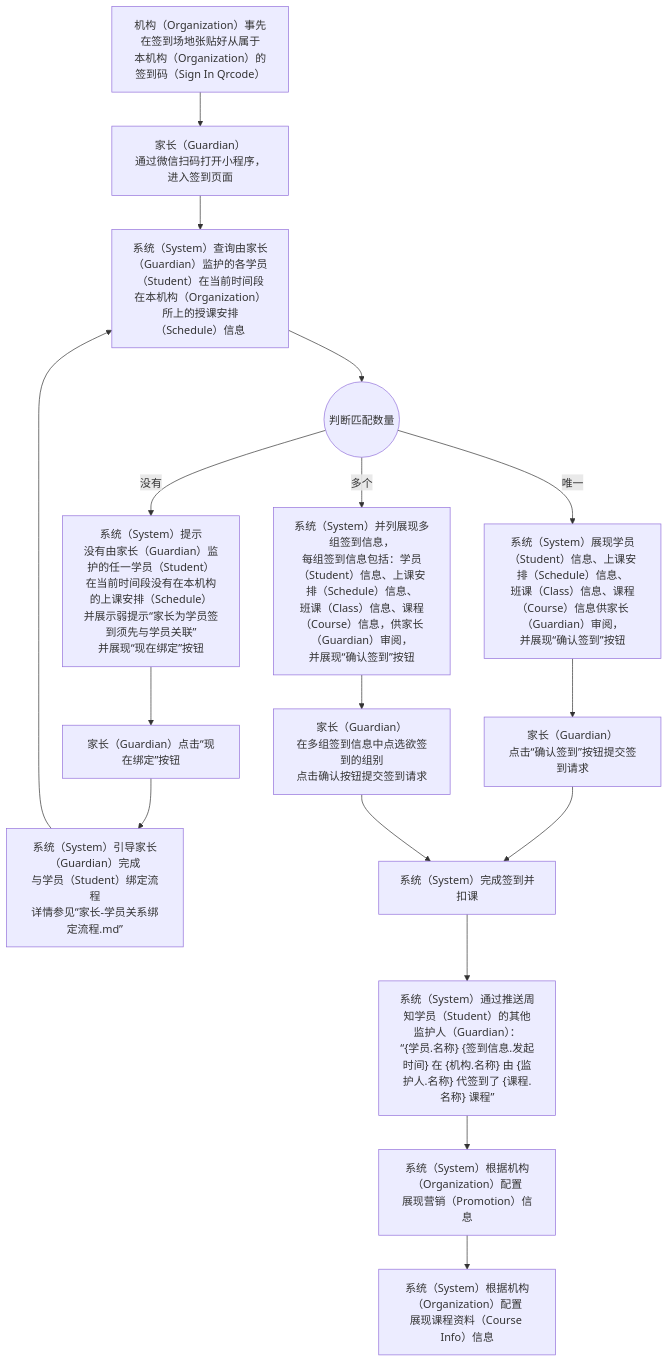
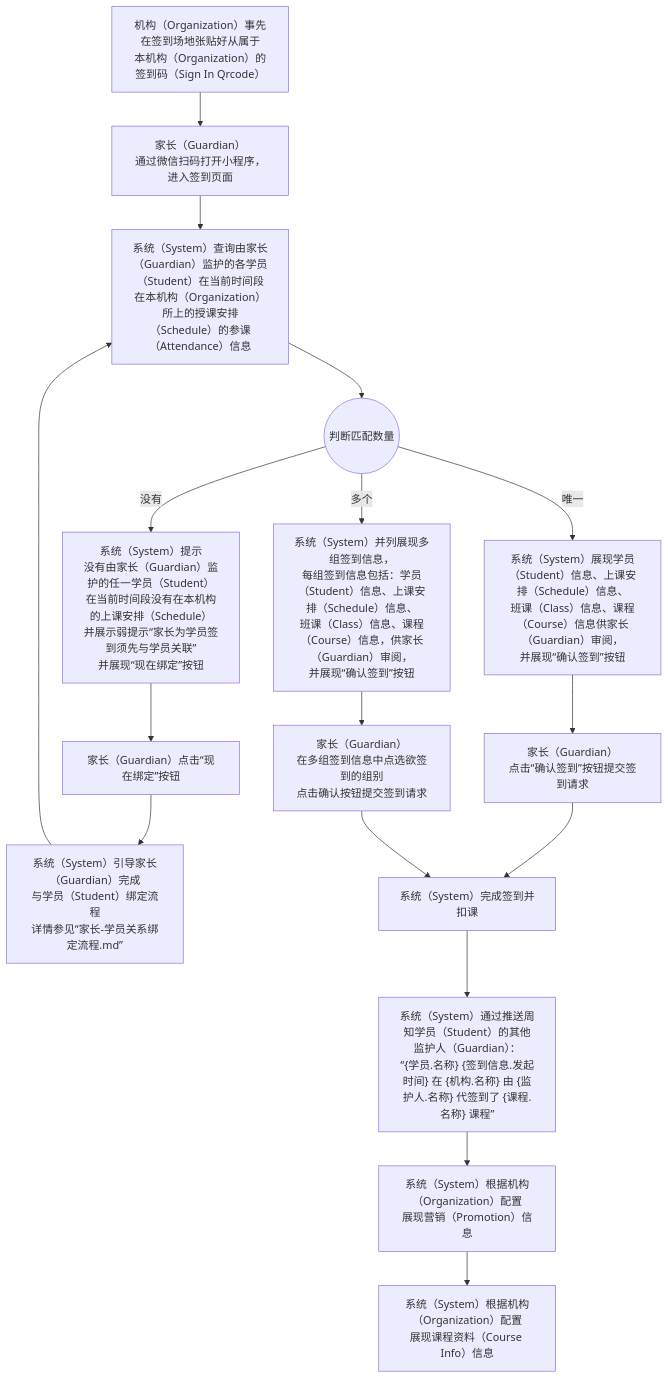
The second of 3 diagrams in 用例/签到.md (world-wide-web/sign), drawn with Mermaid before and after one commit. The commit also changed other lines of this file, not shown here.

````diff
--- a/用例/签到.md
+++ b/用例/签到.md
@@ -44,34 +44,34 @@
 ```mermaid
 graph TD
 A["<center>机构（Organization）事先在签到场地张贴好从属于<br>本机构（Organization）的签到码（Sign In Qrcode）</center>"]
 B["<center>家长（Guardian）<br>通过微信扫码打开小程序，进入签到页面</center>"]
-C["<center>系统（System）查询由家长（Guardian）监护的各学员（Student）在当前时间段<br>在本机构（Organization）所上的授课安排（Schedule）信息"]
+C["<center>系统（System）查询由家长（Guardian）监护的各学员（Student）在当前时间段<br>在本机构（Organization）所上的授课安排（Schedule）的参课（Attendance）信息"]
 D(("<center>判断匹配数量</center>"))
 D0["<center>系统（System）提示<br>没有由家长（Guardian）监护的任一学员（Student）<br>在当前时间段没有在本机构的上课安排（Schedule）<br>并展示弱提示“家长为学员签到须先与学员关联”<br>并展现“现在绑定”按钮</center>"]
 D0A["<center>家长（Guardian）点击“现在绑定”按钮</center>"]
 D0B["<center>系统（System）引导家长（Guardian）完成<br>与学员（Student）绑定流程<br>详情参见“家长-学员关系绑定流程.md”</center>"]
 D1["<center>系统（System）展现学员（Student）信息、上课安排（Schedule）信息、<br>班课（Class）信息、课程（Course）信息供家长（Guardian）审阅，<br>并展现“确认签到”按钮</center>"]
 D1A["<center>家长（Guardian）<br>点击“确认签到”按钮提交签到请求</center>"]
 Dn["<center>系统（System）并列展现多组签到信息，<br>每组签到信息包括：学员（Student）信息、上课安排（Schedule）信息、<br>班课（Class）信息、课程（Course）信息，供家长（Guardian）审阅，<br>并展现“确认签到”按钮</center>"]
 DnA["<center>家长（Guardian）<br>在多组签到信息中点选欲签到的组别<br>点击确认按钮提交签到请求</center>"]
 E["<center>系统（System）完成签到并扣课</center>"]
 F["<center>系统（System）通过推送周知学员（Student）的其他监护人（Guardian）：<br>“{学员.名称} {签到信息.发起时间} 在 {机构.名称} 由 {监护人.名称} 代签到了 {课程.名称} 课程”</center>"]
 G["<center>系统（System）根据机构（Organization）配置<br>展现营销（Promotion）信息</center>"]
 H["<center>系统（System）根据机构（Organization）配置<br>展现课程资料（Course Info）信息</center>"]
 A-->B
 B-->C
 C-->D
 D--没有-->D0
 D0-->D0A
 D0A-->D0B
 D0B-->C
 D--唯一-->D1
 D1-->D1A
 D1A-->E
 D--多个-->Dn
 Dn-->DnA
 DnA-->E
 E-->F
 F-->G
 G-->H
 ```
````
